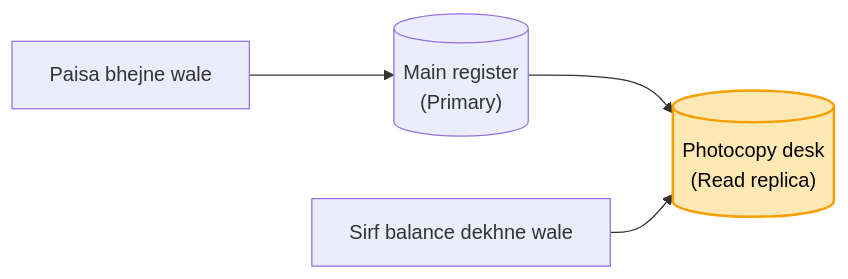
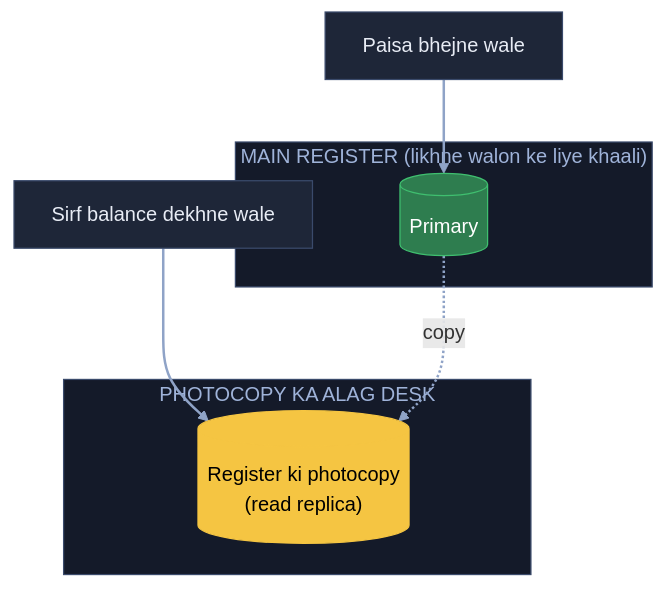
The eighth of 20 diagrams in 04_HLD/SYSTEM_DESIGNS/13_banking_system/13_banking_system.md (ArpanMaheshwari144/Prep), drawn with Mermaid before and after one commit. The commit also changed other lines of this file, not shown here.

Commit message:
Banking: 20 diagram hand notes ke shabdon se (branch, register, diary, laptop, photocopy, chhotu)

````diff
--- a/04_HLD/SYSTEM_DESIGNS/13_banking_system/13_banking_system.md
+++ b/04_HLD/SYSTEM_DESIGNS/13_banking_system/13_banking_system.md
@@ -175,7 +265,21 @@
 ```mermaid
-flowchart LR
-    W["Paisa bhejne wale"] --> P[("Main register<br/>(Primary)")]
-    P --> X[("Photocopy desk<br/>(Read replica)")]
-    V["Sirf balance dekhne wale"] --> X
-    style X fill:#ffe8b3,stroke:#f59f00,stroke-width:2px,color:#000
+flowchart TB
+    D["Sirf balance dekhne wale"]:::card
+    K["Paisa bhejne wale"]:::card
+    subgraph AD["PHOTOCOPY KA ALAG DESK"]
+        P[("Register ki photocopy<br/>(read replica)")]:::pill
+    end
+    subgraph MR["MAIN REGISTER (likhne walon ke liye khaali)"]
+        M[("Primary")]:::good
+    end
+    D --> P
+    K --> M
+    M -. "copy" .-> P
+    linkStyle default stroke:#8fa3c7,stroke-width:2px
+    classDef card fill:#1e2638,stroke:#3a4a6b,color:#e8ecf5
+    classDef pill fill:#f5c542,stroke:#f5c542,color:#000
+    classDef good fill:#2e7d4f,stroke:#3fbf6f,color:#fff
+    classDef bad fill:#5c1f24,stroke:#e05561,color:#fff
+    style AD fill:#141a29,stroke:#3a4a6b,color:#9fb3d9
+    style MR fill:#141a29,stroke:#3a4a6b,color:#9fb3d9
 ```
````
